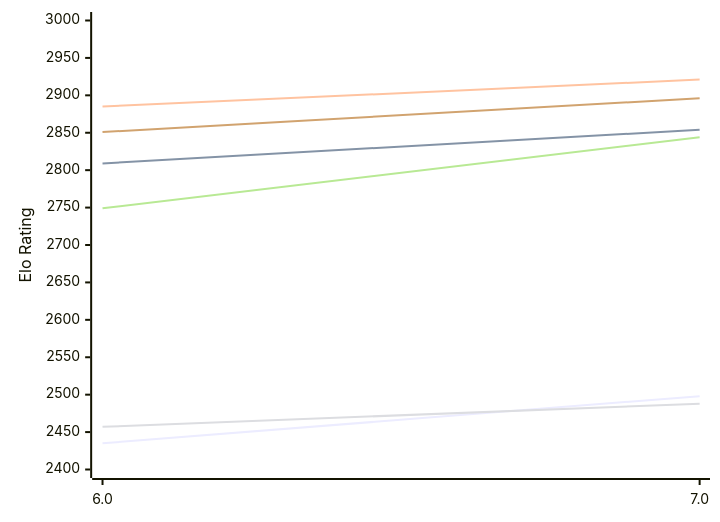
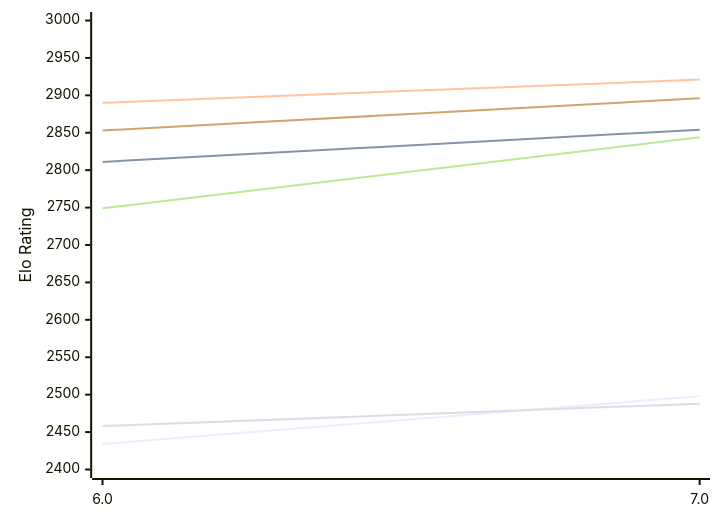
The first of 2 diagrams in engines/tomitankChess.md (computer-chess-index/cci), drawn with Mermaid before and after one commit. The commit also changed other lines of this file, not shown here.

Commit message:
Update CCI Ratings (ELO VLTC) - 2026-11-27

````diff
--- a/engines/tomitankChess.md
+++ b/engines/tomitankChess.md
@@ -51,12 +51,12 @@
 ```mermaid
 %%{init: {"theme":"base","themeVariables":{"seriesColors:['#a3a3a3','#222221','#faa371']}}}%%
 xychart-beta
   x-axis ["6.0", "7.0"]
   y-axis "Elo Rating" 2400 --> 3000
-  line "E1: STC (8.0+0.08s)" [2435, 2498]
-  line "E1: LTC (60.0+0.60s)" [2809, 2854]
-  line "E1: VLTC (2m24s+1.12s)" [2885, 2921]
-  line "P1: STC (8.0+0.08s)" [2457, 2488]
+  line "E1: STC (8.0+0.08s)" [2434, 2498]
+  line "E1: LTC (60.0+0.60s)" [2811, 2854]
+  line "E1: VLTC (2m24s+1.12s)" [2890, 2921]
+  line "P1: STC (8.0+0.08s)" [2458, 2488]
   line "P1: LTC (60.0+0.60s)" [2749, 2844]
-  line "P1: VLTC (2m24s+1.12s)" [2851, 2896]
+  line "P1: VLTC (2m24s+1.12s)" [2853, 2896]
 ```
````
